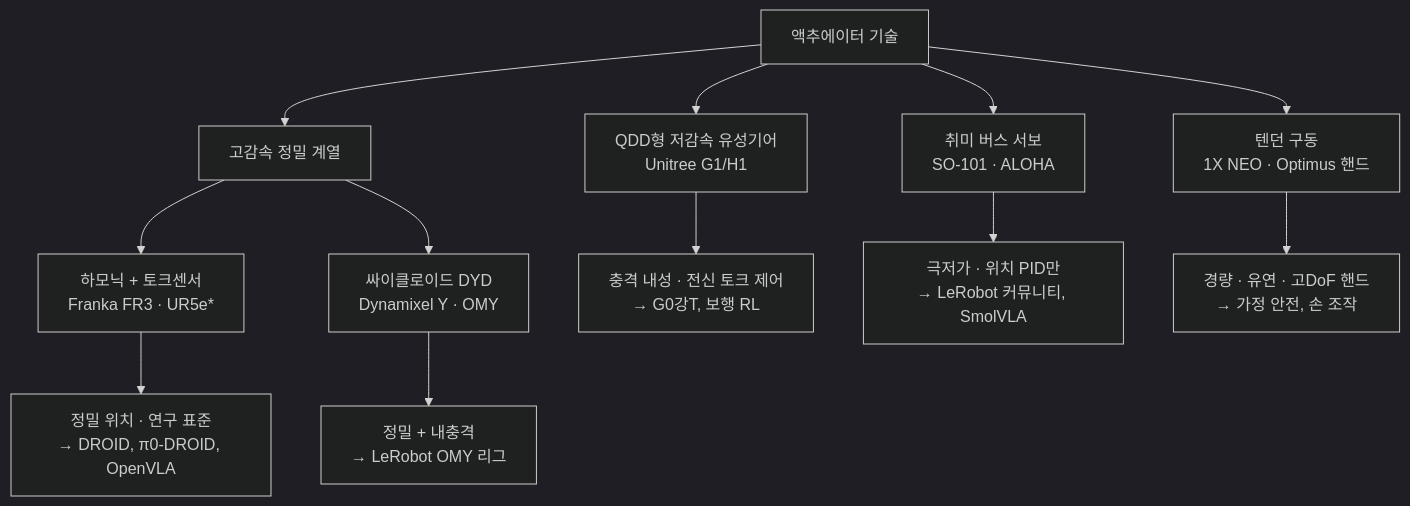
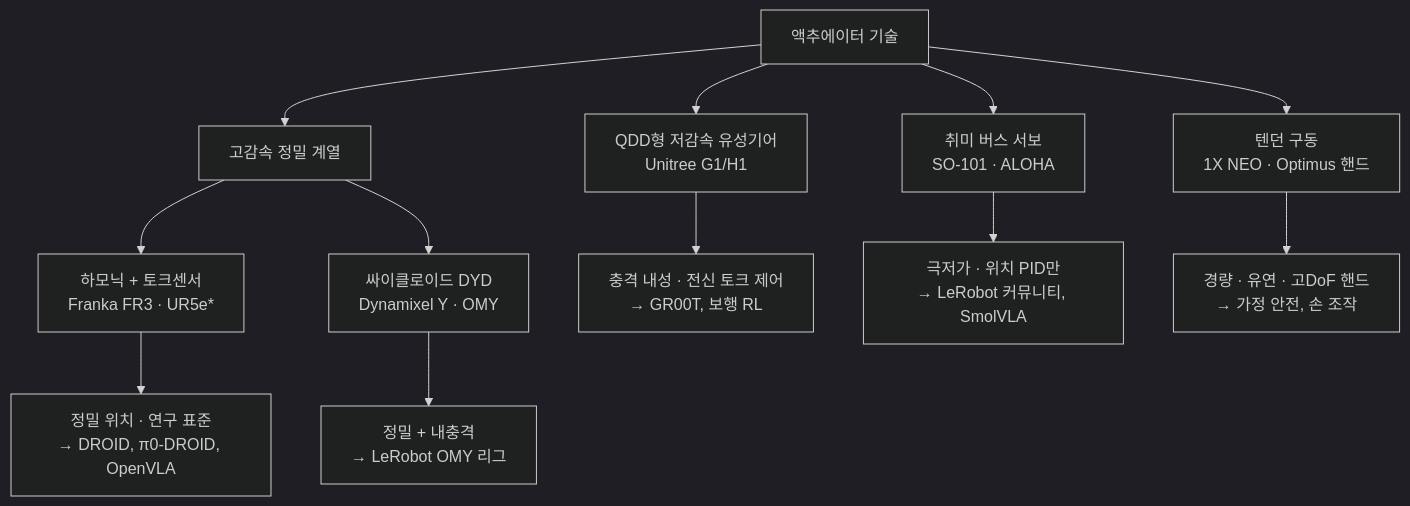
The first of 2 diagrams in part11-real-robot-integration/lec49-robot-hardware.md (HPaper/physical-ai-curriculum), drawn with Mermaid (dark theme) before and after one commit. The commit also changed other lines of this file and 54 other files, not shown here.

````diff
--- a/part11-real-robot-integration/lec49-robot-hardware.md
+++ b/part11-real-robot-integration/lec49-robot-hardware.md
@@ -11,14 +11,14 @@
 ```mermaid
 flowchart TD
     A["액추에이터 기술"] --> B["고감속 정밀 계열"]
     A --> C["QDD형 저감속 유성기어<br/>Unitree G1/H1"]
     A --> D["취미 버스 서보<br/>SO-101 · ALOHA"]
     A --> E["텐던 구동<br/>1X NEO · Optimus 핸드"]
     B --> B1["하모닉 + 토크센서<br/>Franka FR3 · UR5e*"]
     B --> B3["싸이클로이드 DYD<br/>Dynamixel Y · OMY"]
     B1 --> B2["정밀 위치 · 연구 표준<br/>→ DROID, π0-DROID, OpenVLA"]
     B3 --> B4["정밀 + 내충격<br/>→ LeRobot OMY 리그"]
-    C --> C2["충격 내성 · 전신 토크 제어<br/>→ G0강T, 보행 RL"]
+    C --> C2["충격 내성 · 전신 토크 제어<br/>→ GR00T, 보행 RL"]
     D --> D2["극저가 · 위치 PID만<br/>→ LeRobot 커뮤니티, SmolVLA"]
     E --> E2["경량 · 유연 · 고DoF 핸드<br/>→ 가정 안전, 손 조작"]
 ```
````
